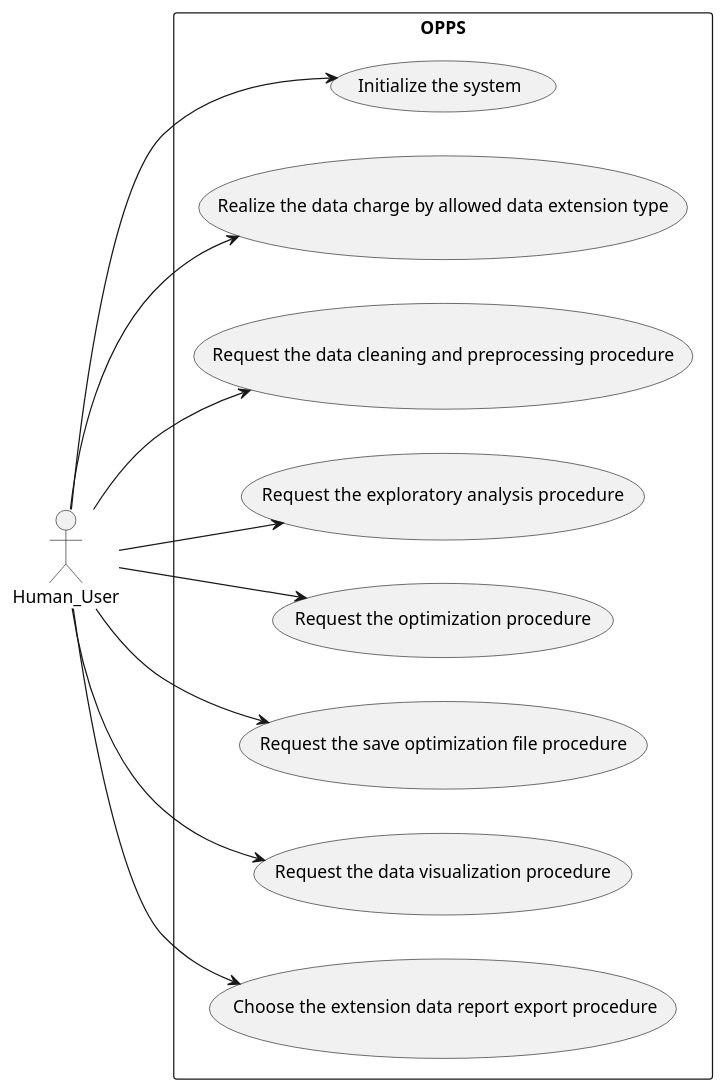
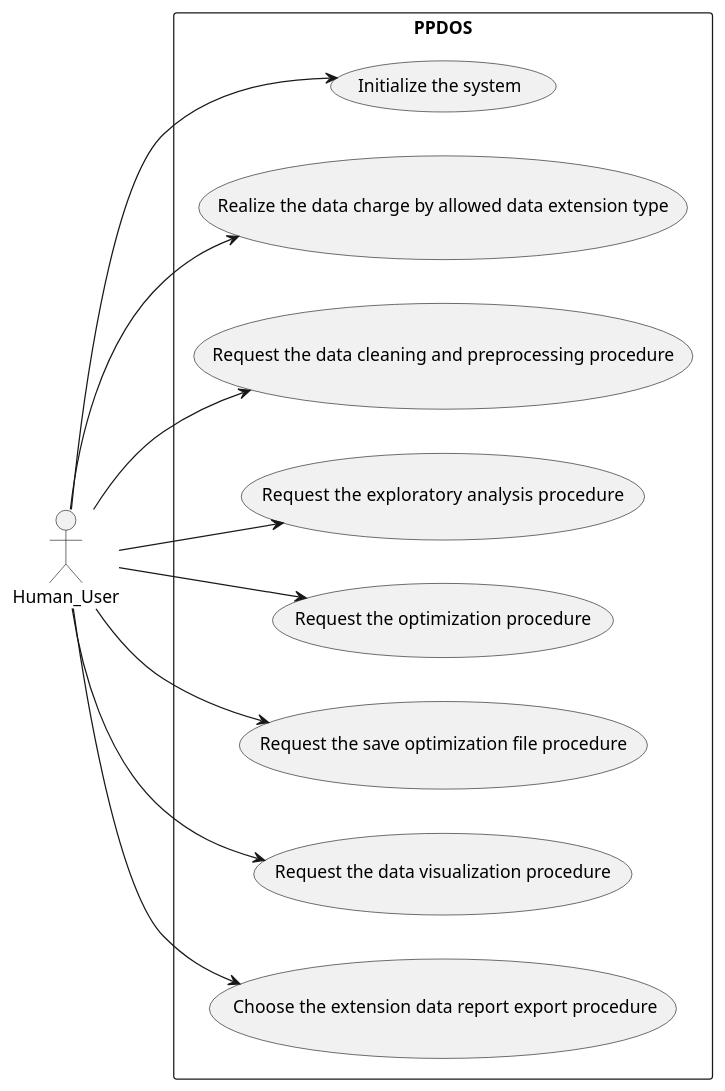
The diagram in UserCase.plantuml (MarcioFreitasUFSC21/OptimizationPetroleumProductionSystem), drawn with PlantUML before and after one commit. The commit also changed 14 other files, not shown here.

Commit message:
Class Diagrams conclude and finished other changes, for example, colaboration, method and feature tables conclude

```diff
--- a/UserCase.plantuml
+++ b/UserCase.plantuml
@@ -1,23 +1,23 @@
 @startuml
 
 left to right direction
 actor "Human_User" as h
-rectangle OPPS {
+rectangle PPDOS {
     usecase "Initialize the system" as UC1
     usecase "Realize the data charge by allowed data extension type" as UC2
     usecase "Request the data cleaning and preprocessing procedure" as UC3
     usecase "Request the  exploratory analysis procedure" as UC4
     usecase "Request the optimization procedure" as UC5
     usecase  "Request the save optimization file procedure" as UC6
     usecase "Request the data visualization procedure" as UC7
     usecase " Choose the extension data report export procedure" as UC8
 }
     h --> UC1
     h --> UC2
     h --> UC3
     h --> UC4
     h --> UC5
     h --> UC6
     h --> UC7
     h --> UC8
 @enduml
```
